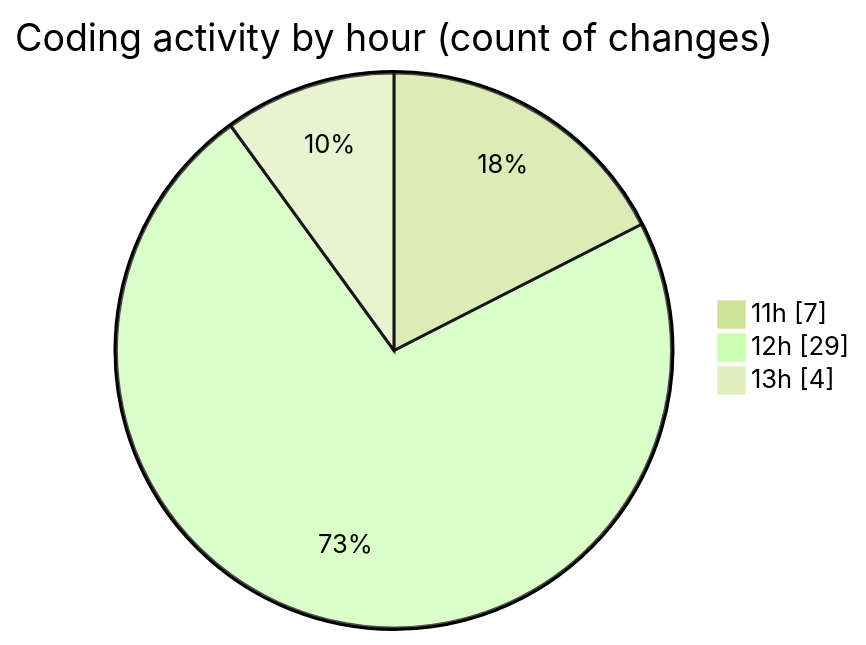
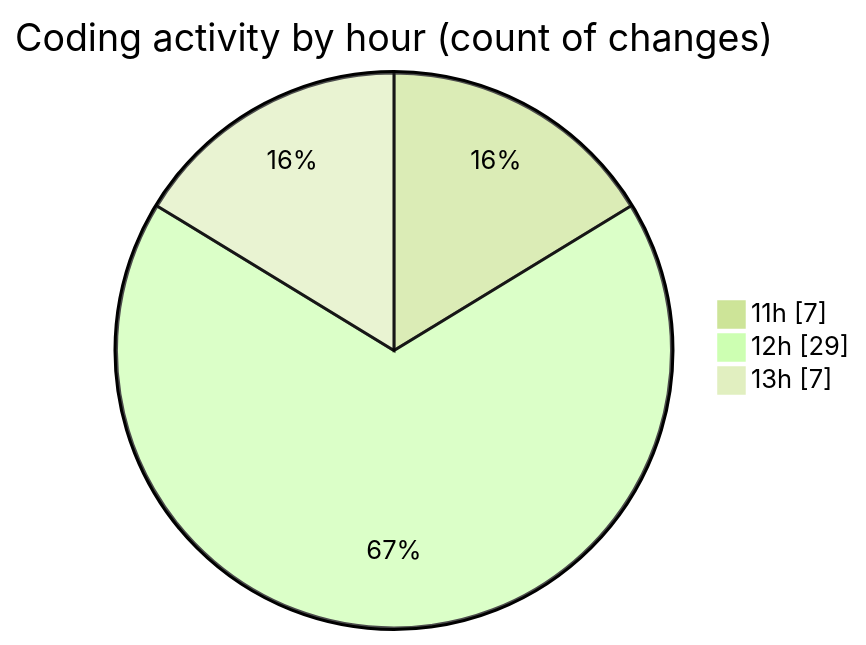
One commit to LanceThiago/code-tracking changed the second of 2 diagrams in 2025-01-08/nueva_carpeta/README.md. Above: the diagram before and after it, drawn with Mermaid (forest theme). The commit also changed other lines of this file and 1 other file, not shown here.

````diff
--- a/2025-01-08/nueva_carpeta/README.md
+++ b/2025-01-08/nueva_carpeta/README.md
@@ -28,7 +28,7 @@
 ```mermaid
 pie showData
 title Coding activity by hour (count of changes)
 "11h" : 7
 "12h" : 29
-"13h" : 4
+"13h" : 7
 ```
````
